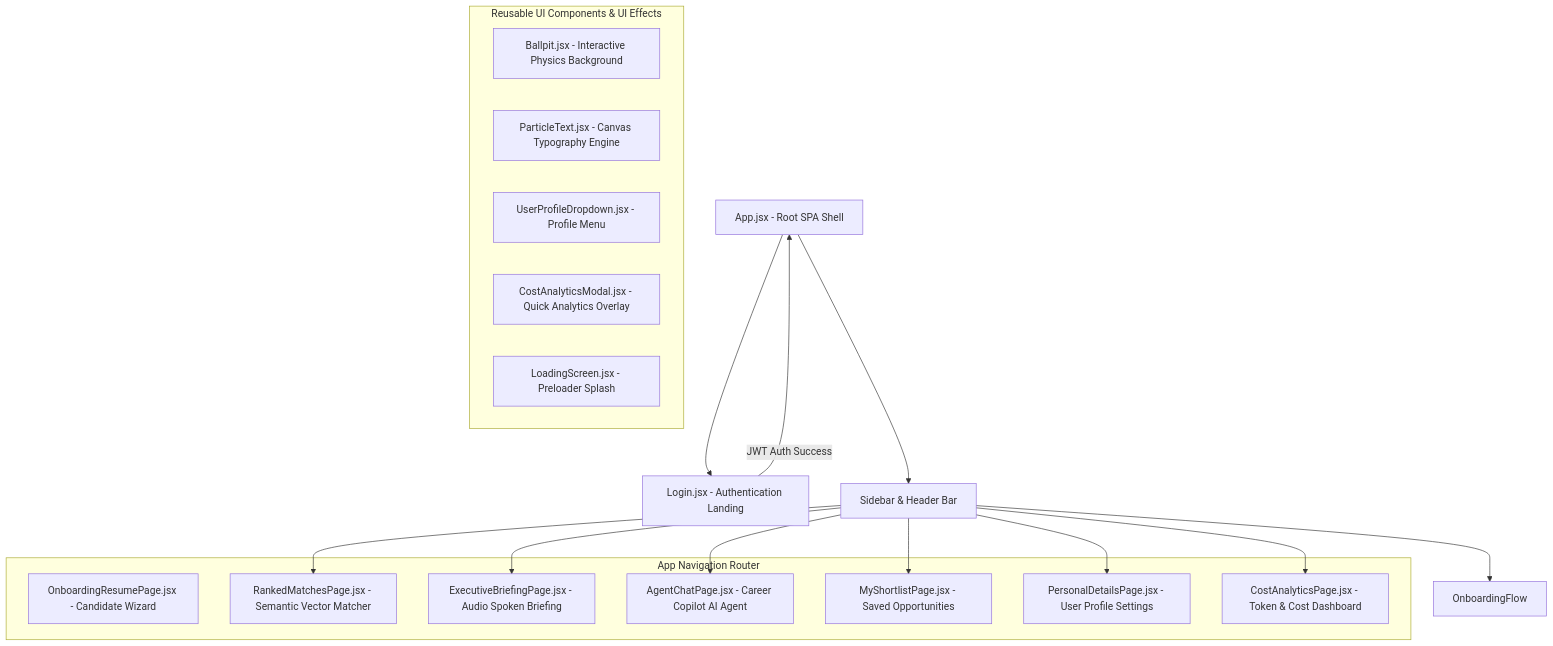
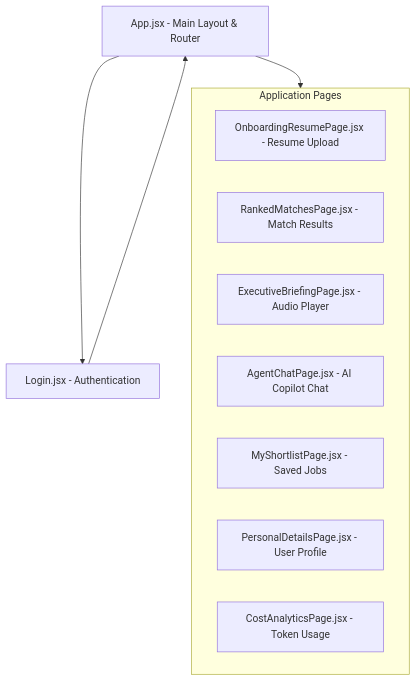
One commit to sahaalmkjee-droid/ch25b079_sahaal_mk_guild_application- changed the second of 2 diagrams in README.md. Above: the diagram before and after it, drawn with Mermaid. The commit also changed other lines of this file, not shown here.

````diff
--- a/README.md
+++ b/README.md
@@ -211,32 +121,17 @@
 ```mermaid
 flowchart TD
-    App[App.jsx - Root SPA Shell] --> Login[Login.jsx - Authentication Landing]
-    App --> Navigation[Sidebar & Header Bar]
+    App[App.jsx - Main Layout & Router] --> Login[Login.jsx - Authentication]
     
-    subgraph NavigationFlow ["App Navigation Router"]
-        Onboarding[OnboardingResumePage.jsx - Candidate Wizard]
-        Matches[RankedMatchesPage.jsx - Semantic Vector Matcher]
-        Briefing[ExecutiveBriefingPage.jsx - Audio Spoken Briefing]
-        Chat[AgentChatPage.jsx - Career Copilot AI Agent]
-        Shortlist[MyShortlistPage.jsx - Saved Opportunities]
-        Profile[PersonalDetailsPage.jsx - User Profile Settings]
-        Analytics[CostAnalyticsPage.jsx - Token & Cost Dashboard]
-    end
-    
-    subgraph SharedComponents ["Reusable UI Components & UI Effects"]
-        Ballpit[Ballpit.jsx - Interactive Physics Background]
-        ParticleText[ParticleText.jsx - Canvas Typography Engine]
-        Dropdown[UserProfileDropdown.jsx - Profile Menu]
-        CostModal[CostAnalyticsModal.jsx - Quick Analytics Overlay]
-        Loading[LoadingScreen.jsx - Preloader Splash]
+    subgraph Pages ["Application Pages"]
+        Onboarding[OnboardingResumePage.jsx - Resume Upload]
+        Matches[RankedMatchesPage.jsx - Match Results]
+        Briefing[ExecutiveBriefingPage.jsx - Audio Player]
+        Chat[AgentChatPage.jsx - AI Copilot Chat]
+        Shortlist[MyShortlistPage.jsx - Saved Jobs]
+        Profile[PersonalDetailsPage.jsx - User Profile]
+        Analytics[CostAnalyticsPage.jsx - Token Usage]
     end
 
-    Login -->|JWT Auth Success| App
-    Navigation --> OnboardingFlow
-    Navigation --> Matches
-    Navigation --> Briefing
-    Navigation --> Chat
-    Navigation --> Shortlist
-    Navigation --> Profile
-    Navigation --> Analytics
+    Login --> App
+    App --> Pages
 ```
````
